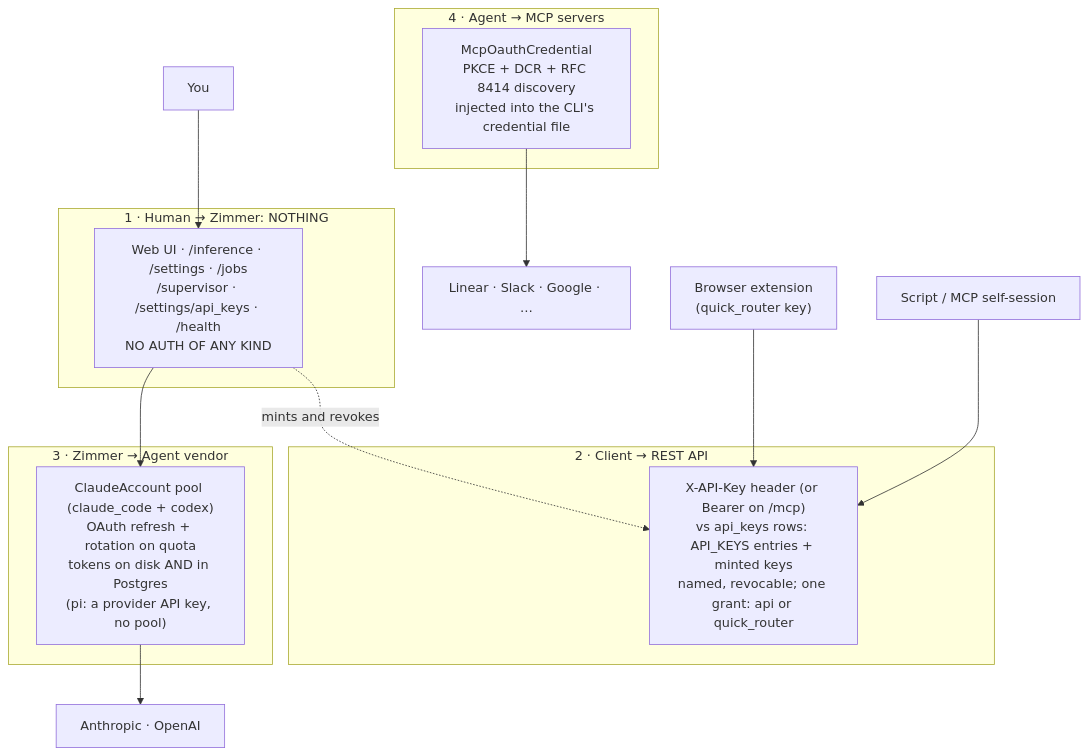
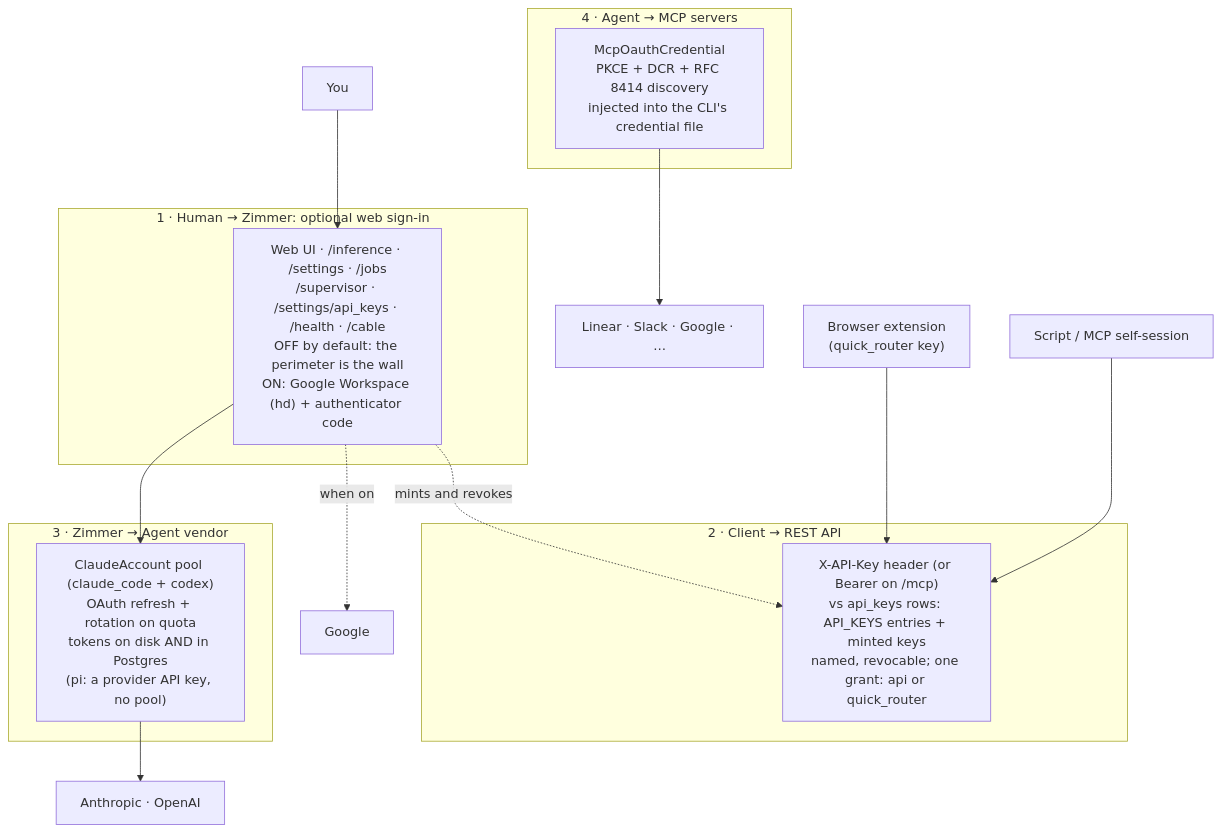
One commit to tadasant/zimmer changed the diagram in docs/src/content/docs/auth/overview.md. Above: the diagram before and after it, drawn with Mermaid. The commit also changed other lines of this file and 46 other files, not shown here.

First line of the commit message:
feat(auth): optional Google Workspace sign-in + TOTP in front of the web UI

````diff
--- a/docs/src/content/docs/auth/overview.md
+++ b/docs/src/content/docs/auth/overview.md
@@ -11,23 +11,24 @@
 ```mermaid
 flowchart TB
-    subgraph none["1 · Human → Zimmer: NOTHING"]
-        W["Web UI · /inference · /settings · /jobs<br/>/supervisor · /settings/api_keys · /health<br/>NO AUTH OF ANY KIND"]
+    subgraph web["1 · Human → Zimmer: optional web sign-in"]
+        W["Web UI · /inference · /settings · /jobs<br/>/supervisor · /settings/api_keys · /health · /cable<br/>OFF by default: the perimeter is the wall<br/>ON: Google Workspace (hd) + authenticator code"]
     end
     subgraph api["2 · Client → REST API"]
         A["X-API-Key header (or Bearer on /mcp)<br/>vs api_keys rows: API_KEYS entries + minted keys<br/>named, revocable; one grant: api or quick_router"]
     end
     subgraph harness["3 · Zimmer → Agent vendor"]
         H["ClaudeAccount pool (claude_code + codex)<br/>OAuth refresh + rotation on quota<br/>tokens on disk AND in Postgres<br/>(pi: a provider API key, no pool)"]
     end
     subgraph mcp["4 · Agent → MCP servers"]
         M["McpOauthCredential<br/>PKCE + DCR + RFC 8414 discovery<br/>injected into the CLI's credential file"]
     end
 
     U["You"] --> W
+    W -. "when on" .-> GG["Google"]
     C["Script / MCP self-session"] --> A
     X["Browser extension<br/>(quick_router key)"] --> A
     W --> H
     W -. mints and revokes .-> A
     H --> V["Anthropic · OpenAI"]
     M --> S["Linear · Slack · Google · …"]
 ```
````
